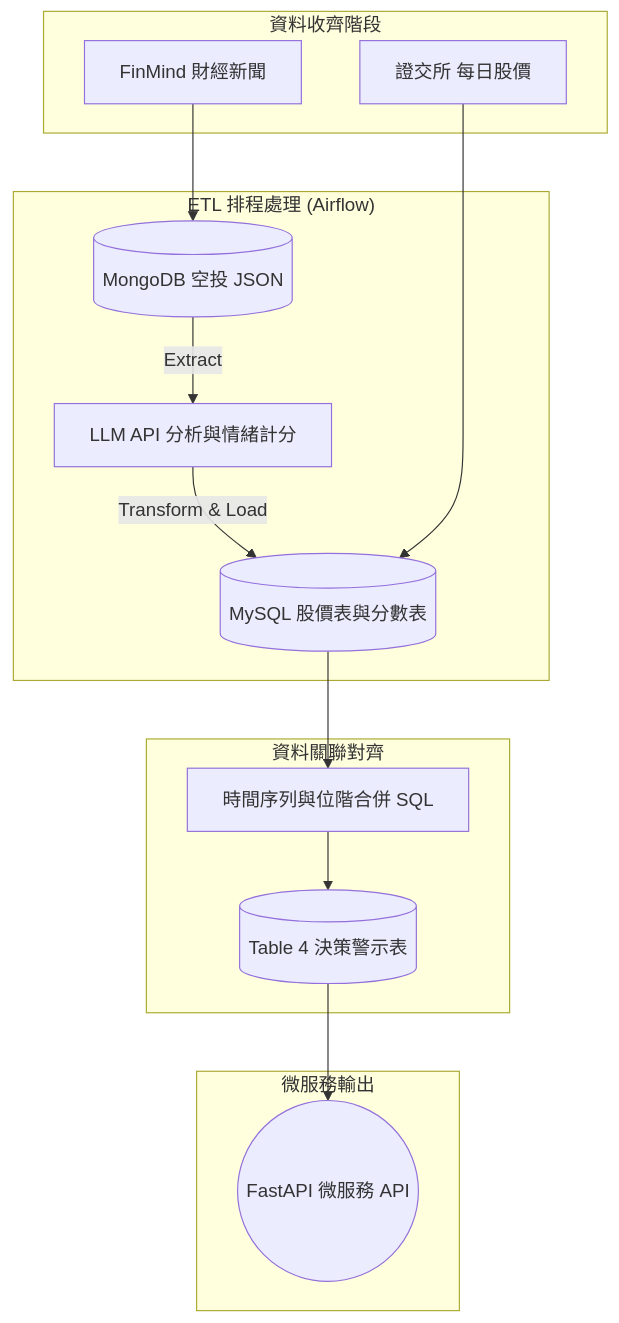
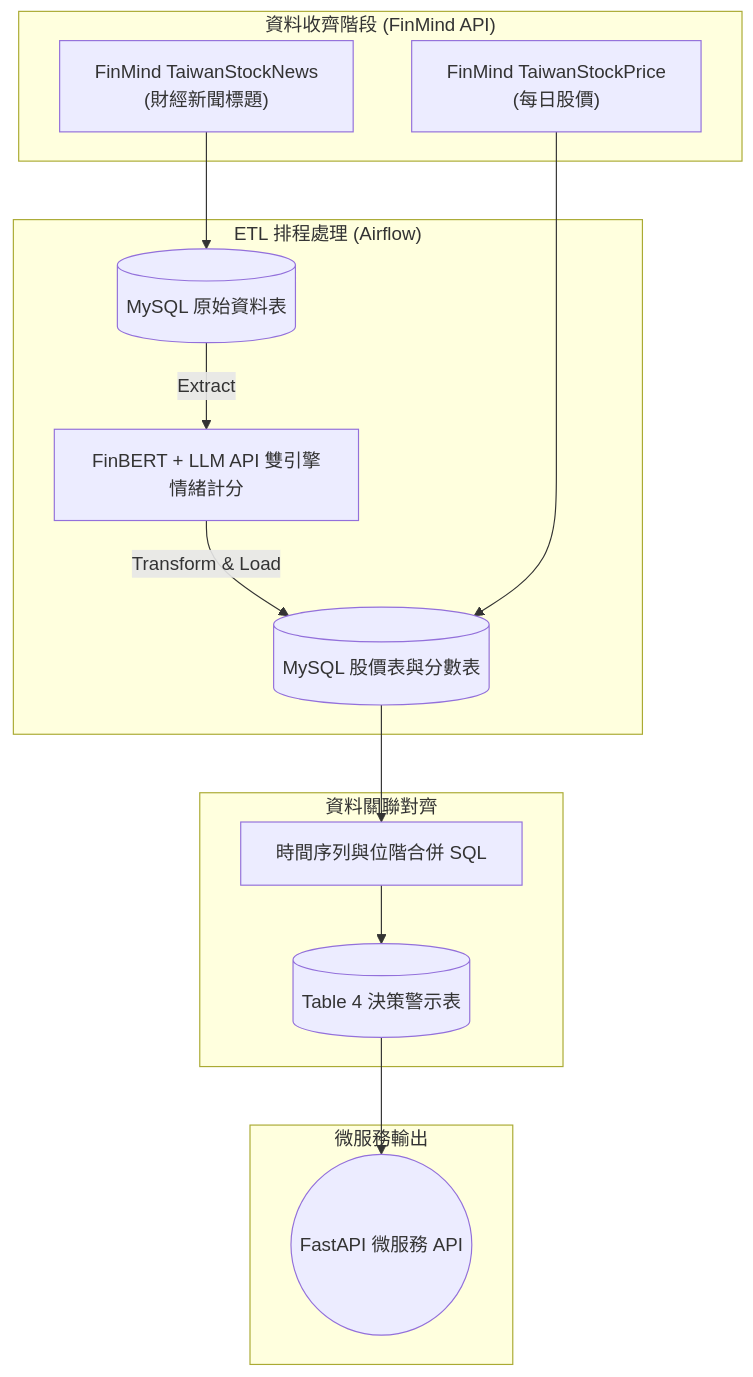
One commit to FinMood/Stock-Market-Sentiment-Analysis-System changed the diagram in README.md. Above: the diagram before and after it, drawn with Mermaid. The commit also changed other lines of this file and 1 other file, not shown here.

````diff
--- a/README.md
+++ b/README.md
@@ -56,30 +122,30 @@
 ```mermaid
 graph TD
-    subgraph Source["資料收齊階段"]
-        A[FinMind 財經新聞]
-        B[證交所 每日股價]
+    subgraph Source["資料收齊階段 (FinMind API)"]
+        A["FinMind TaiwanStockNews\n(財經新聞標題)"]
+        B["FinMind TaiwanStockPrice\n(每日股價)"]
     end
 
     subgraph ETL_Process["ETL 排程處理 (Airflow)"]
-        C[(MongoDB 空投 JSON)]
-        D[LLM API 分析與情緒計分]
+        C[(MySQL 原始資料表)]
+        D["FinBERT + LLM API 雙引擎情緒計分"]
         E[(MySQL 股價表與分數表)]
     end
 
     subgraph Integration["資料關聯對齊"]
         F[時間序列與位階合併 SQL]
         G[(Table 4 決策警示表)]
     end
 
     subgraph Serve["微服務輸出"]
         H((FastAPI 微服務 API))
     end
 
     A --> C
     C -->|Extract| D
     D -->|Transform & Load| E
     B --> E
     E --> F
     F --> G
     G --> H
 ```
````
